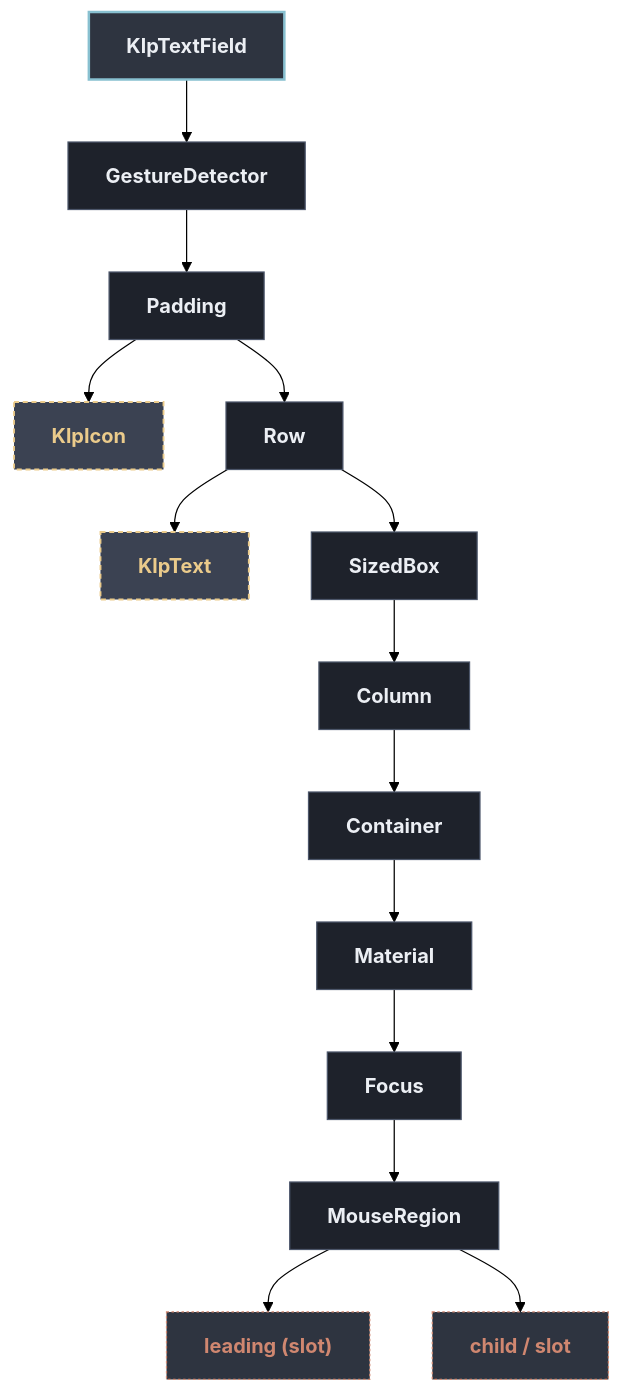
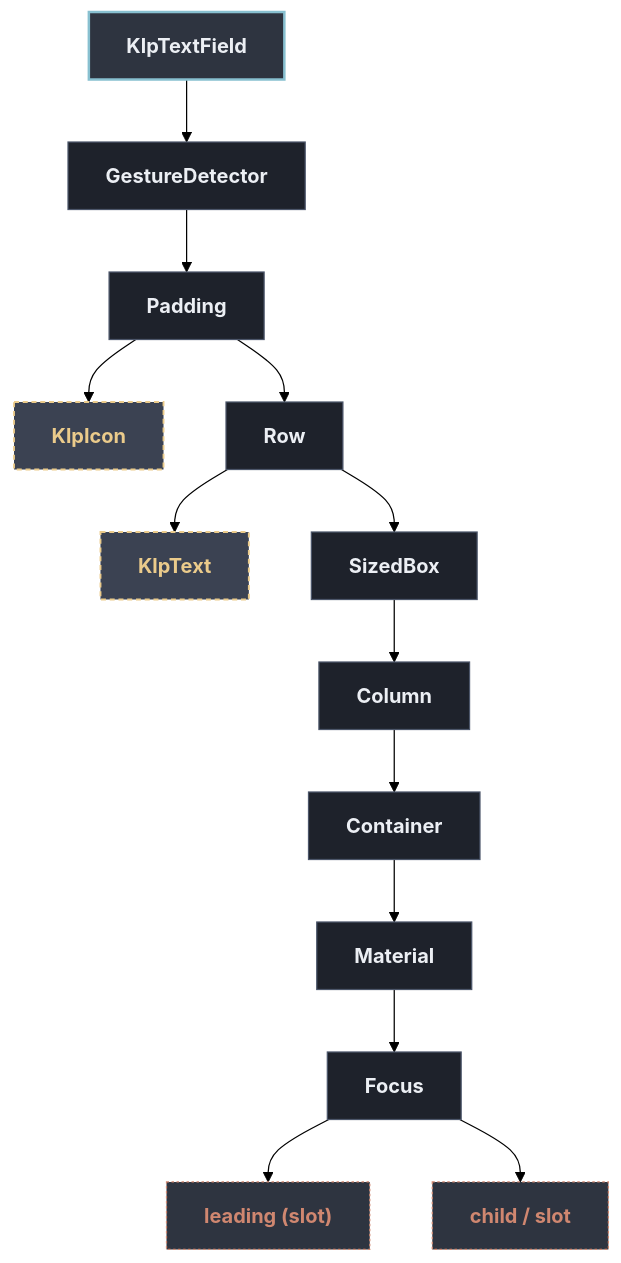
The diagram in docs/architecture/components/controls/klp_text_field.md (MiuDog/Kallopis), drawn with Mermaid (forest theme) before and after one commit. The commit also changed other lines of this file and 1105 other files, not shown here.

Commit message:
refactor: establish semantic design architecture

````diff
--- a/docs/architecture/components/controls/klp_text_field.md
+++ b/docs/architecture/components/controls/klp_text_field.md
@@ -13,36 +13,34 @@
 ```mermaid
 flowchart TD
   classDef default fill:#1E222B,stroke:#4C566A,stroke-width:1px,color:#ECEFF4;
   classDef root fill:#2E3440,stroke:#88C0D0,stroke-width:2px,color:#ECEFF4,font-weight:bold;
   classDef reference fill:#3B4252,stroke:#EBCB8B,stroke-width:1.5px,stroke-dasharray: 4 3,color:#EBCB8B;
   classDef container fill:#2E3440,stroke:#A3BE8C,stroke-width:1.5px,color:#A3BE8C;
   classDef slot fill:#2E3440,stroke:#D08770,stroke-width:1px,stroke-dasharray: 2 2,color:#D08770;
 
   root["KlpTextField"]:::root
   n1["GestureDetector"]
   root --> n1
   n2["Padding"]
   n1 --> n2
   n3["KlpIcon"]:::reference
   n2 --> n3
   n4["Row"]
   n2 --> n4
   n5["KlpText"]:::reference
   n4 --> n5
   n6["SizedBox"]
   n4 --> n6
   n7["Column"]
   n6 --> n7
   n8["Container"]
   n7 --> n8
   n9["Material"]
   n8 --> n9
   n10["Focus"]
   n9 --> n10
-  n11["MouseRegion"]
+  n11["leading (slot)"]:::slot
   n10 --> n11
-  n12["leading (slot)"]:::slot
-  n11 --> n12
-  n13["child / slot"]:::slot
-  n11 --> n13
+  n12["child / slot"]:::slot
+  n10 --> n12
 ```
````
